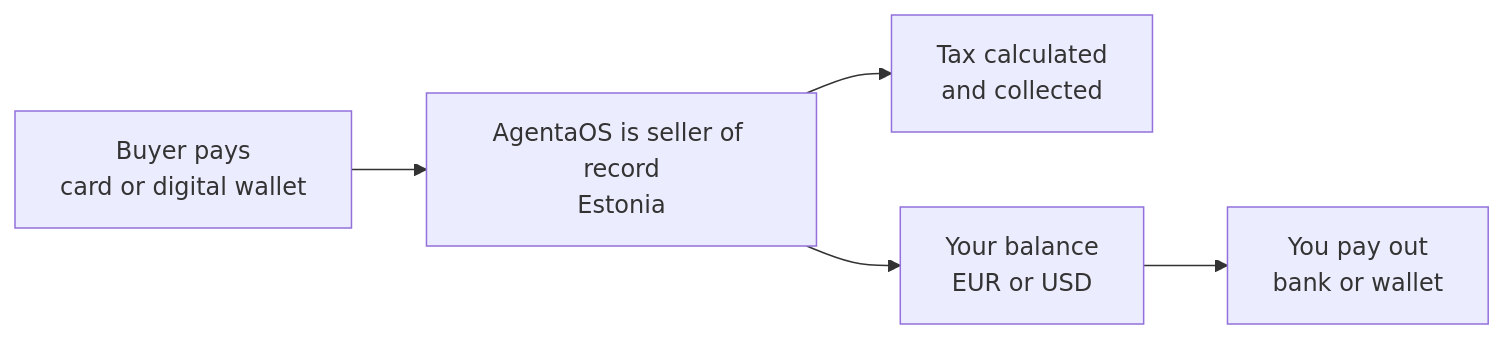
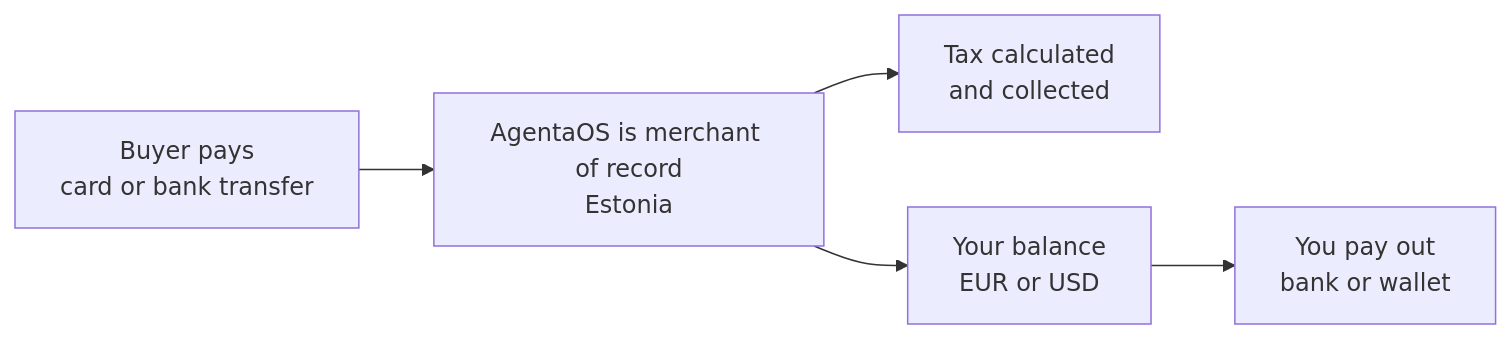
The diagram in mor/how-it-works.mdx (AgentaOS/docs), drawn with Mermaid before and after one commit. The commit also changed other lines of this file and 40 other files, not shown here.

````diff
--- a/mor/how-it-works.mdx
+++ b/mor/how-it-works.mdx
@@ -23,7 +23,7 @@
 ```mermaid
 flowchart LR
-    A[Buyer pays<br/>card or digital wallet] --> B[AgentaOS is seller of record<br/>Estonia]
+    A[Buyer pays<br/>card or bank transfer] --> B[AgentaOS is merchant of record<br/>Estonia]
     B --> C[Tax calculated<br/>and collected]
     B --> D[Your balance<br/>EUR or USD]
     D --> E[You pay out<br/>bank or wallet]
 ```
````
